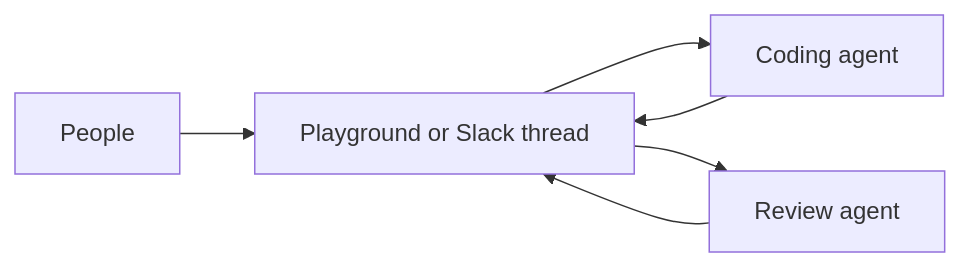
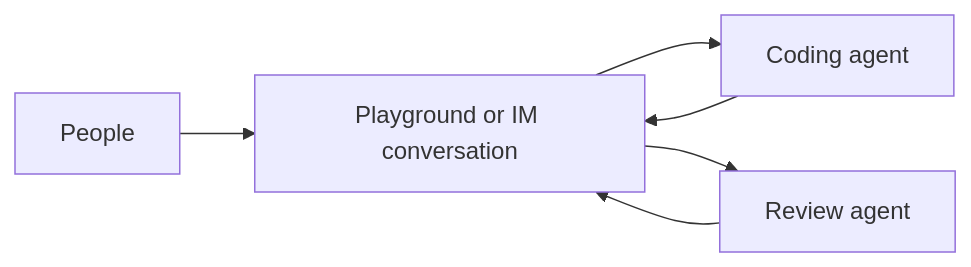
Before and after one commit to agentconnect-md/docs: the second of 6 diagrams in docs/Build Your Team/Agents/multi-agent-work-modes.md, drawn with Mermaid. The commit also changed other lines of this file and 1 other file, not shown here.

````diff
--- a/docs/Build Your Team/Agents/multi-agent-work-modes.md
+++ b/docs/Build Your Team/Agents/multi-agent-work-modes.md
@@ -41,8 +41,8 @@
 ```mermaid
 flowchart LR
-  Person["People"] --> Conversation["Playground or Slack thread"]
+  Person["People"] --> Conversation["Playground or IM conversation"]
   Conversation --> Coding["Coding agent"]
   Conversation --> Review["Review agent"]
   Coding --> Conversation
   Review --> Conversation
 ```
````
